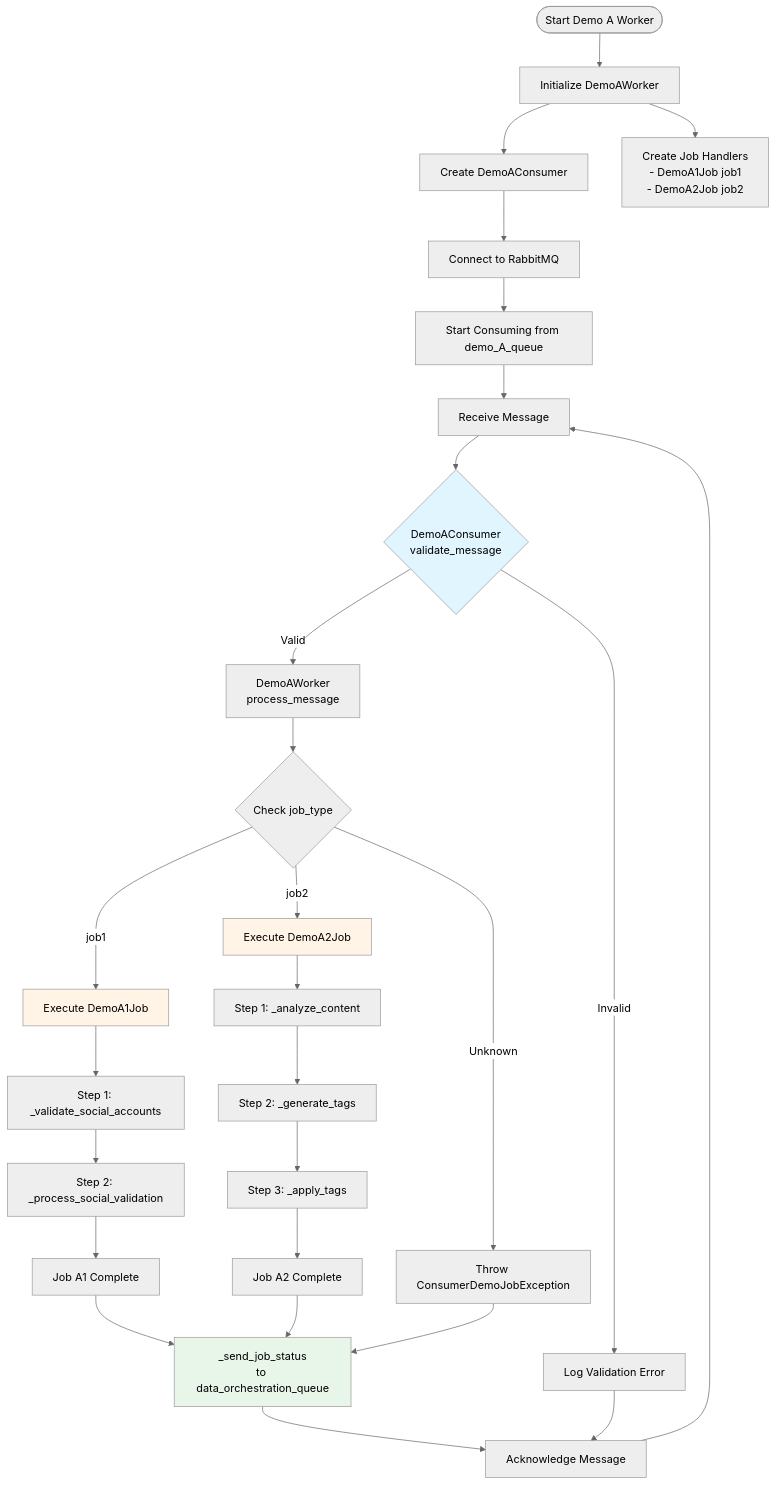
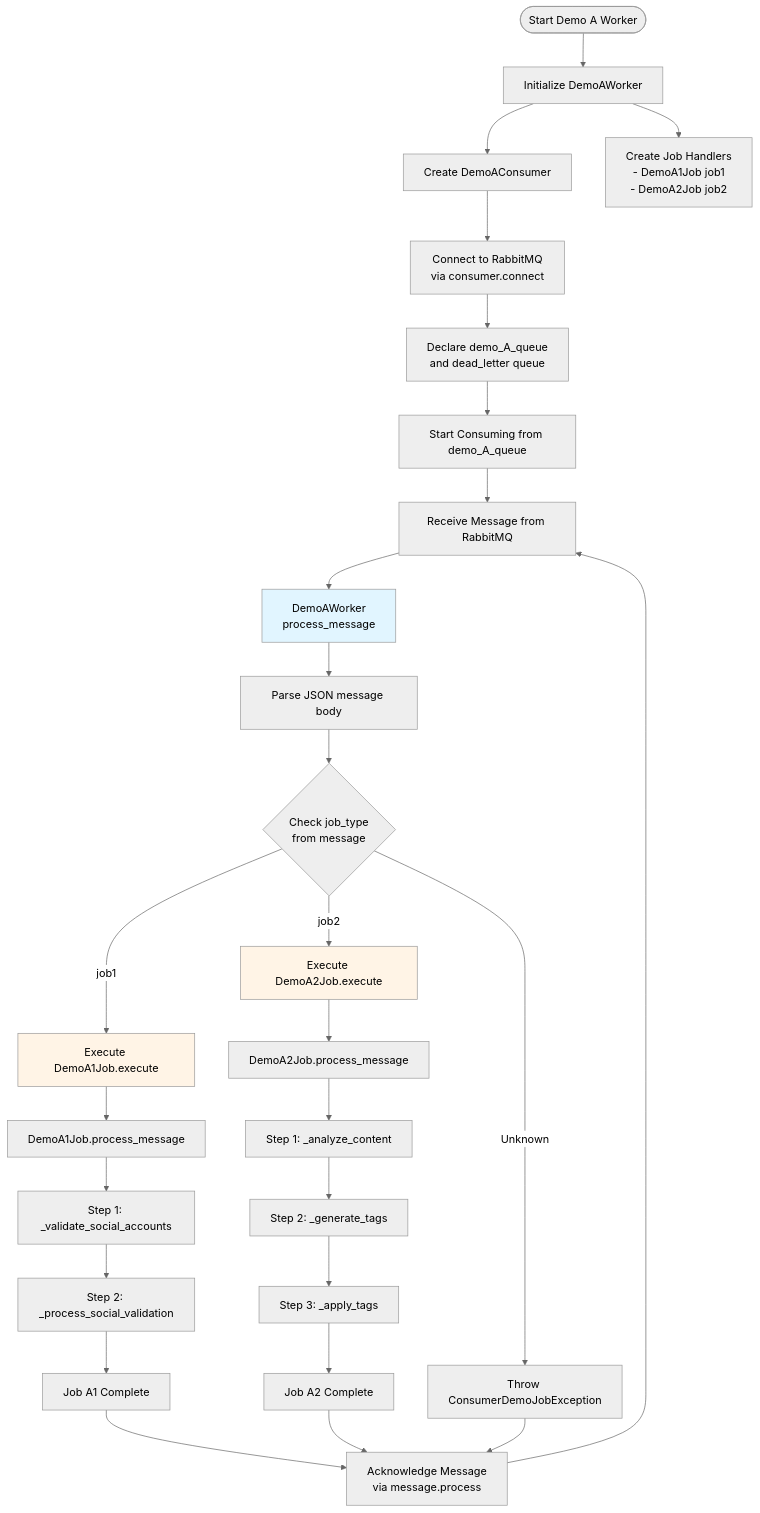
One commit to ai-botxbyte/browser-profile-serp-orchestration-service changed the second of 3 diagrams in demo_a_architecture.md. Above: the diagram before and after it, drawn with Mermaid (neutral theme). The commit also changed other lines of this file, not shown here.

Commit message:
mermaid chart update

````diff
--- a/demo_a_architecture.md
+++ b/demo_a_architecture.md
@@ -125,44 +110,41 @@
 ```mermaid
 flowchart TD
     Start([Start Demo A Worker]) --> Init[Initialize DemoAWorker]
     Init --> CreateConsumer[Create DemoAConsumer]
     Init --> CreateJobs[Create Job Handlers<br/>- DemoA1Job job1<br/>- DemoA2Job job2]
     
-    CreateConsumer --> Connect[Connect to RabbitMQ]
-    Connect --> StartConsuming[Start Consuming from demo_A_queue]
+    CreateConsumer --> Connect[Connect to RabbitMQ<br/>via consumer.connect]
+    Connect --> DeclareQueue[Declare demo_A_queue<br/>and dead_letter queue]
+    DeclareQueue --> StartConsuming[Start Consuming from demo_A_queue]
     
-    StartConsuming --> ReceiveMsg[Receive Message]
-    ReceiveMsg --> ValidateMsg{DemoAConsumer<br/>validate_message}
+    StartConsuming --> ReceiveMsg[Receive Message from RabbitMQ]
+    ReceiveMsg --> WorkerProcess[DemoAWorker<br/>process_message]
     
-    ValidateMsg -->|Invalid| LogError[Log Validation Error]
-    ValidateMsg -->|Valid| WorkerProcess[DemoAWorker<br/>process_message]
+    WorkerProcess --> ParseJSON[Parse JSON message body]
+    ParseJSON --> CheckJobType{Check job_type<br/>from message}
     
-    WorkerProcess --> CheckJobType{Check job_type}
-    
-    CheckJobType -->|job1| ExecuteA1[Execute DemoA1Job]
-    CheckJobType -->|job2| ExecuteA2[Execute DemoA2Job]
+    CheckJobType -->|job1| ExecuteA1[Execute DemoA1Job.execute]
+    CheckJobType -->|job2| ExecuteA2[Execute DemoA2Job.execute]
     CheckJobType -->|Unknown| JobError[Throw ConsumerDemoJobException]
     
-    ExecuteA1 --> A1Step1[Step 1: _validate_social_accounts]
+    ExecuteA1 --> A1Process[DemoA1Job.process_message]
+    A1Process --> A1Step1[Step 1: _validate_social_accounts]
     A1Step1 --> A1Step2[Step 2: _process_social_validation]
     A1Step2 --> A1Complete[Job A1 Complete]
     
-    ExecuteA2 --> A2Step1[Step 1: _analyze_content]
+    ExecuteA2 --> A2Process[DemoA2Job.process_message]
+    A2Process --> A2Step1[Step 1: _analyze_content]
     A2Step1 --> A2Step2[Step 2: _generate_tags]
     A2Step2 --> A2Step3[Step 3: _apply_tags]
     A2Step3 --> A2Complete[Job A2 Complete]
     
-    A1Complete --> SendStatus[_send_job_status<br/>to data_orchestration_queue]
-    A2Complete --> SendStatus
-    JobError --> SendStatus
-    
-    SendStatus --> AckMsg[Acknowledge Message]
-    LogError --> AckMsg
+    A1Complete --> AckMsg[Acknowledge Message<br/>via message.process]
+    A2Complete --> AckMsg
+    JobError --> AckMsg
     
     AckMsg --> ReceiveMsg
     
-    style ValidateMsg fill:#e1f5ff
     style ExecuteA1 fill:#fff4e6
     style ExecuteA2 fill:#fff4e6
-    style SendStatus fill:#e8f5e9
+    style WorkerProcess fill:#e1f5ff
 ```
````
